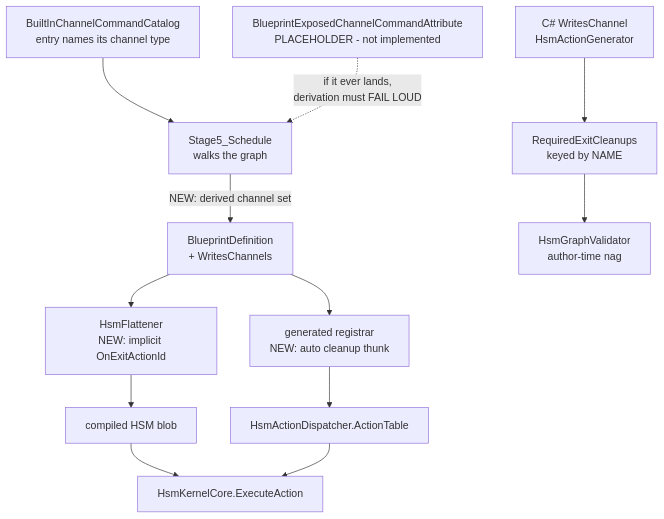
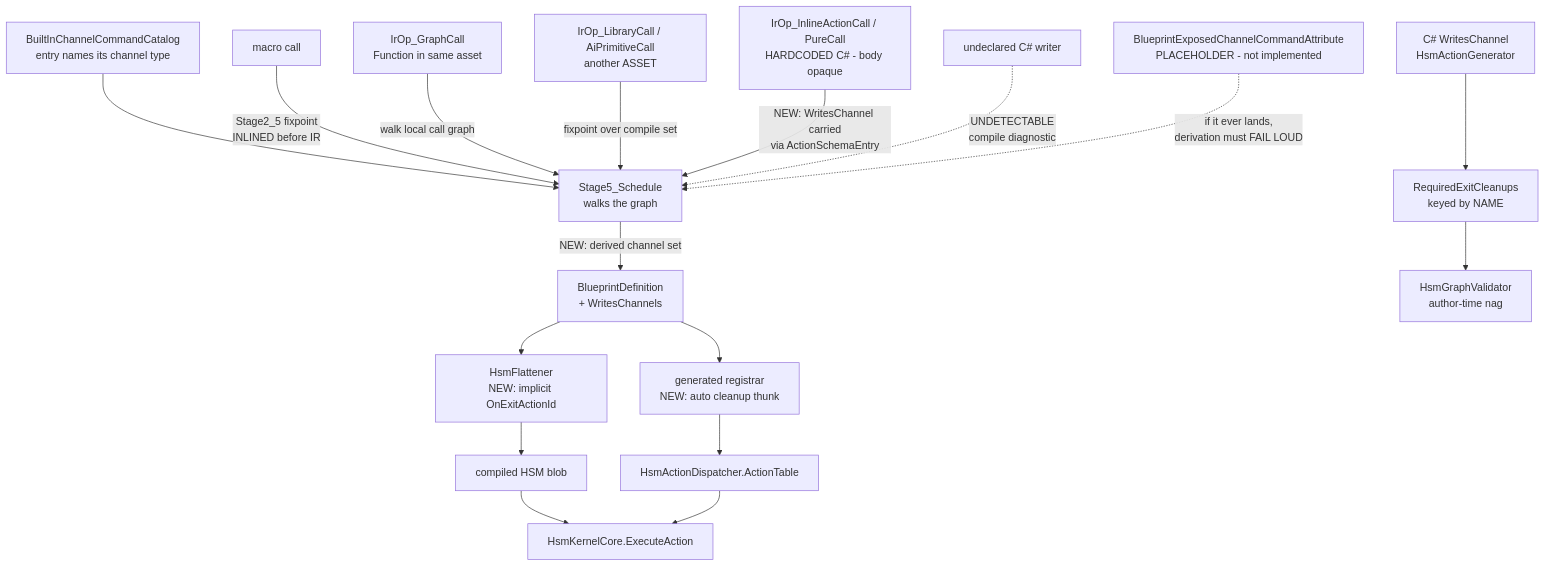
One commit to pjanec/HROT changed the second of 2 diagrams in docs/blueprints/Architect_Question_74_Blueprint_Channel_Lifecycle.md. Above: the diagram before and after it, drawn with Mermaid. The commit also changed other lines of this file and 1 other file, not shown here.

````diff
--- a/docs/blueprints/Architect_Question_74_Blueprint_Channel_Lifecycle.md
+++ b/docs/blueprints/Architect_Question_74_Blueprint_Channel_Lifecycle.md
@@ -145,14 +154,19 @@
 ```mermaid
 graph TD
     CAT["BuiltInChannelCommandCatalog<br/>entry names its channel type"] --> S5["Stage5_Schedule<br/>walks the graph"]
+    MAC["macro call"] -->|"Stage2_5 fixpoint<br/>INLINED before IR"| S5
+    GC["IrOp_GraphCall<br/>Function in same asset"] -->|"walk local call graph"| S5
+    LIB["IrOp_LibraryCall / AiPrimitiveCall<br/>another ASSET"] -->|"fixpoint over compile set"| S5
+    CS2["IrOp_InlineActionCall / PureCall<br/>HARDCODED C# - body opaque"] -->|"NEW: WritesChannel carried<br/>via ActionSchemaEntry"| S5
+    UNK["undeclared C# writer"] -.->|"UNDETECTABLE<br/>compile diagnostic"| S5
     S5 -->|"NEW: derived channel set"| BD["BlueprintDefinition<br/>+ WritesChannels"]
     BD --> REG["generated registrar<br/>NEW: auto cleanup thunk"]
     BD --> FL["HsmFlattener<br/>NEW: implicit OnExitActionId"]
     REG --> DISP["HsmActionDispatcher.ActionTable"]
     FL --> BLOB["compiled HSM blob"]
     BLOB --> KERNEL["HsmKernelCore.ExecuteAction"]
     DISP --> KERNEL
     ATTR["BlueprintExposedChannelCommandAttribute<br/>PLACEHOLDER - not implemented"] -.->|"if it ever lands,<br/>derivation must FAIL LOUD"| S5
     CSHARP["C# WritesChannel<br/>HsmActionGenerator"] --> REQ["RequiredExitCleanups<br/>keyed by NAME"]
     REQ --> VAL["HsmGraphValidator<br/>author-time nag"]
 ```
````
